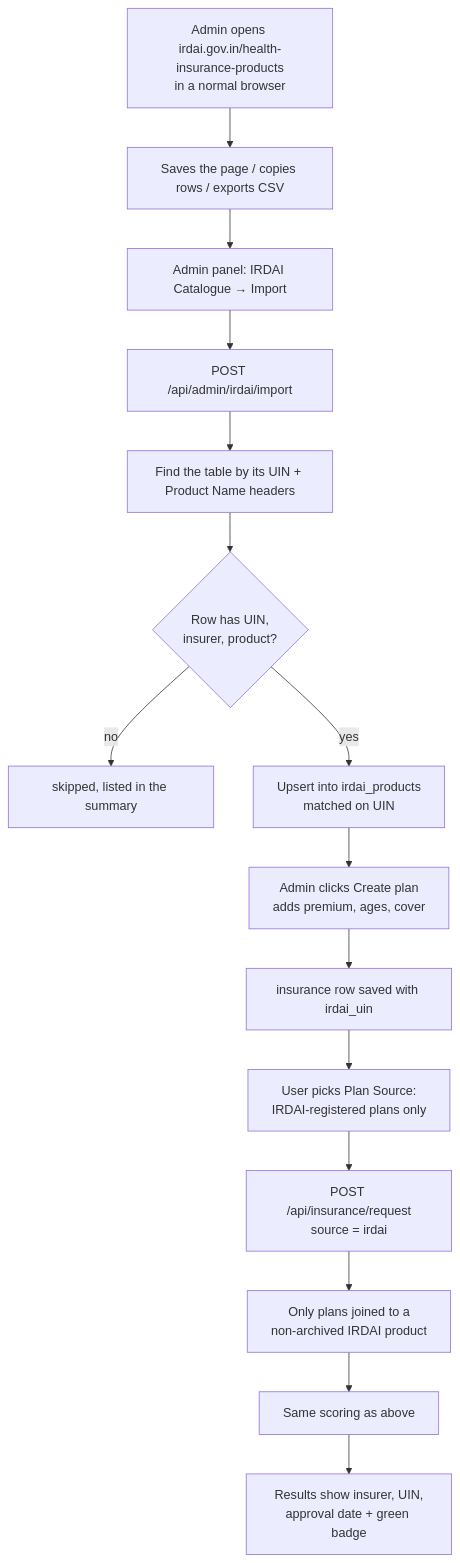
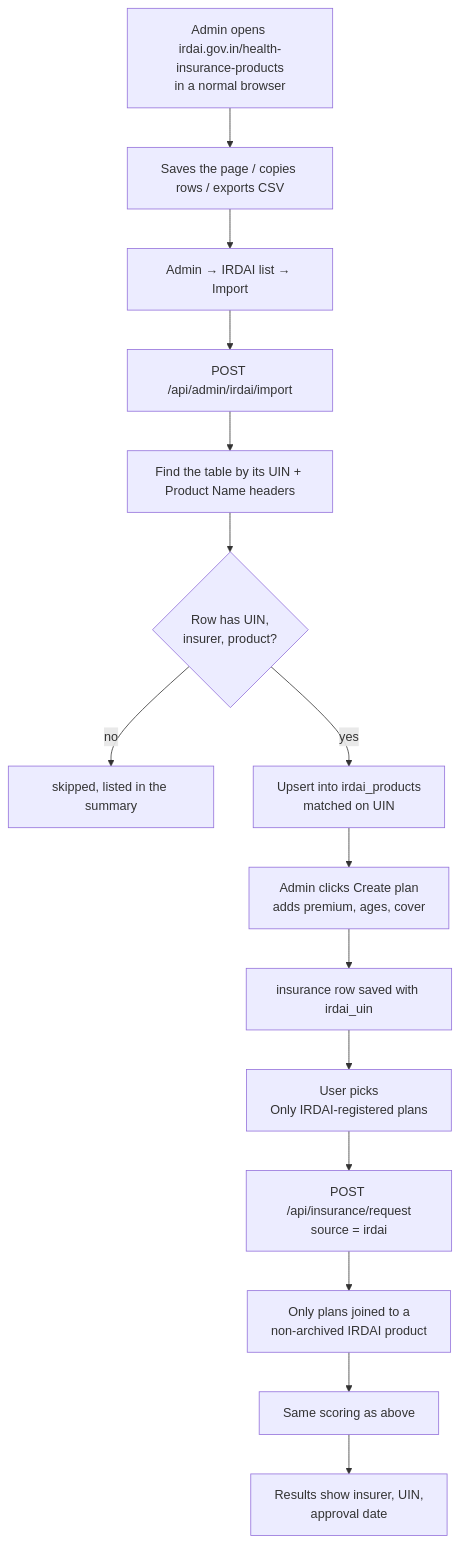
The seventh of 10 diagrams in FLOW.md (arsalanbali2021-ux/valuetrack), drawn with Mermaid before and after one commit. The commit also changed other lines of this file and 3 other files, not shown here.

````diff
--- a/FLOW.md
+++ b/FLOW.md
@@ -145,17 +145,17 @@
 ```mermaid
 flowchart TD
     A[Admin opens irdai.gov.in/health-insurance-products<br/>in a normal browser] --> B[Saves the page / copies rows / exports CSV]
-    B --> C[Admin panel: IRDAI Catalogue → Import]
+    B --> C[Admin → IRDAI list → Import]
     C --> D[POST /api/admin/irdai/import]
     D --> E[Find the table by its UIN + Product Name headers]
     E --> F{Row has UIN,<br/>insurer, product?}
     F -- no --> G[skipped, listed in the summary]
     F -- yes --> H[Upsert into irdai_products<br/>matched on UIN]
     H --> I[Admin clicks Create plan<br/>adds premium, ages, cover]
     I --> J[insurance row saved with irdai_uin]
-    J --> K[User picks Plan Source:<br/>IRDAI-registered plans only]
+    J --> K[User picks<br/>Only IRDAI-registered plans]
     K --> L[POST /api/insurance/request<br/>source = irdai]
     L --> M[Only plans joined to a<br/>non-archived IRDAI product]
     M --> N[Same scoring as above]
-    N --> O[Results show insurer, UIN,<br/>approval date + green badge]
+    N --> O[Results show insurer, UIN,<br/>approval date]
 ```
````
